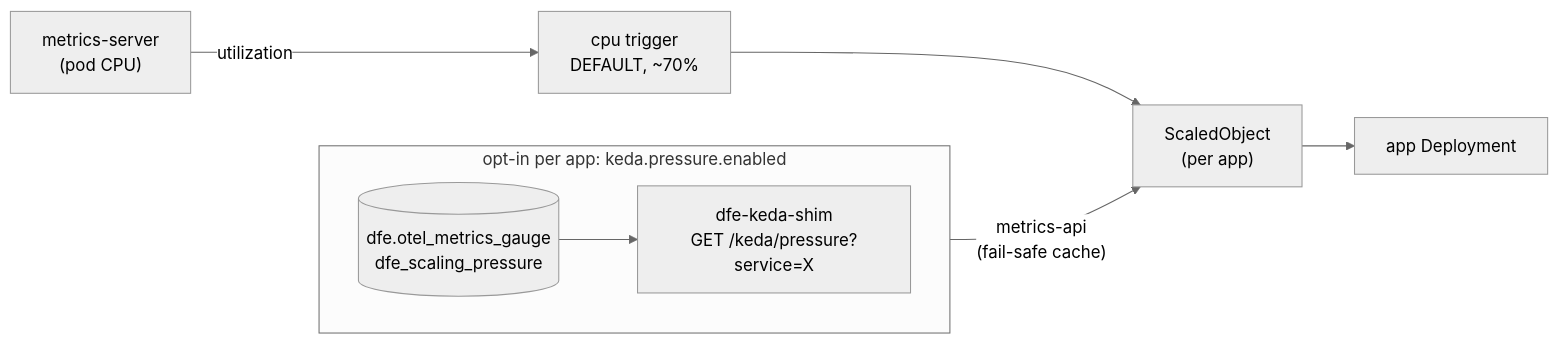
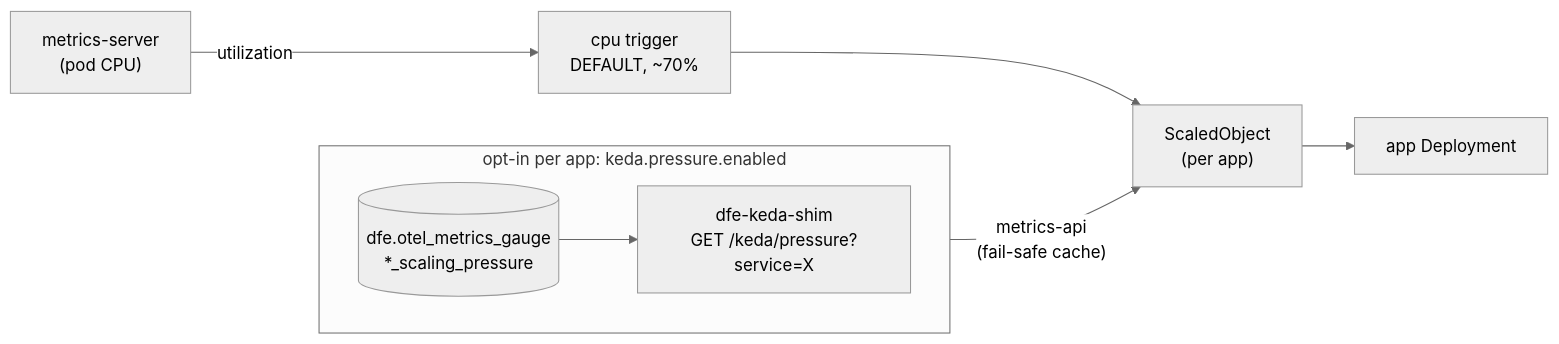
One commit to hyperi-io/dfe-engine changed the diagram in docs/deployment/keda-scaling.md. Above: the diagram before and after it, drawn with Mermaid (neutral theme). The commit also changed other lines of this file and 20 other files, not shown here.

First line of the commit message:
fix: read the pressure gauge under any prefix and make the hunt runner speak

````diff
--- a/docs/deployment/keda-scaling.md
+++ b/docs/deployment/keda-scaling.md
@@ -22,11 +22,11 @@
 ```mermaid
 flowchart LR
     ms["metrics-server\n(pod CPU)"] -->|utilization| cpuTrig["cpu trigger\nDEFAULT, ~70%"]
     subgraph shimPath["opt-in per app: keda.pressure.enabled"]
         direction LR
-        gauge[("dfe.otel_metrics_gauge\ndfe_scaling_pressure")] --> shim["dfe-keda-shim\nGET /keda/pressure?service=X"]
+        gauge[("dfe.otel_metrics_gauge\n*_scaling_pressure")] --> shim["dfe-keda-shim\nGET /keda/pressure?service=X"]
     end
     cpuTrig --> so["ScaledObject\n(per app)"]
     shim -->|"metrics-api\n(fail-safe cache)"| so
     so --> dep["app Deployment"]
 ```
````
